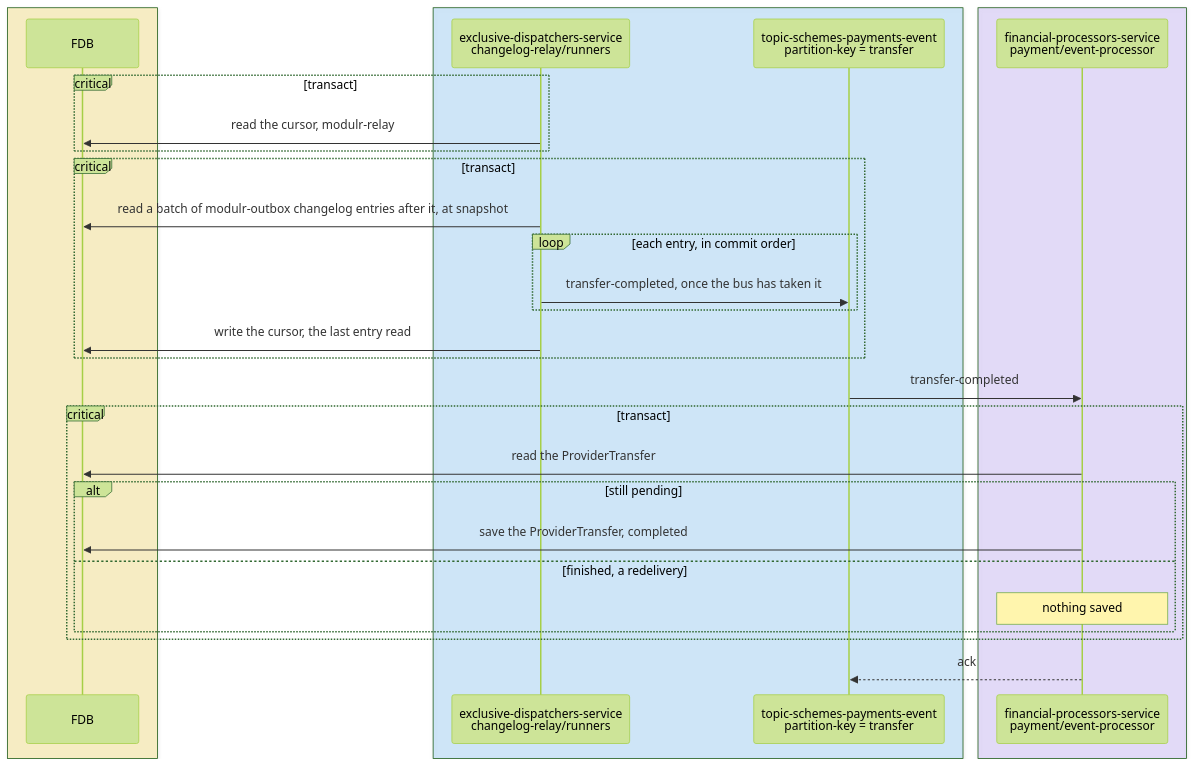
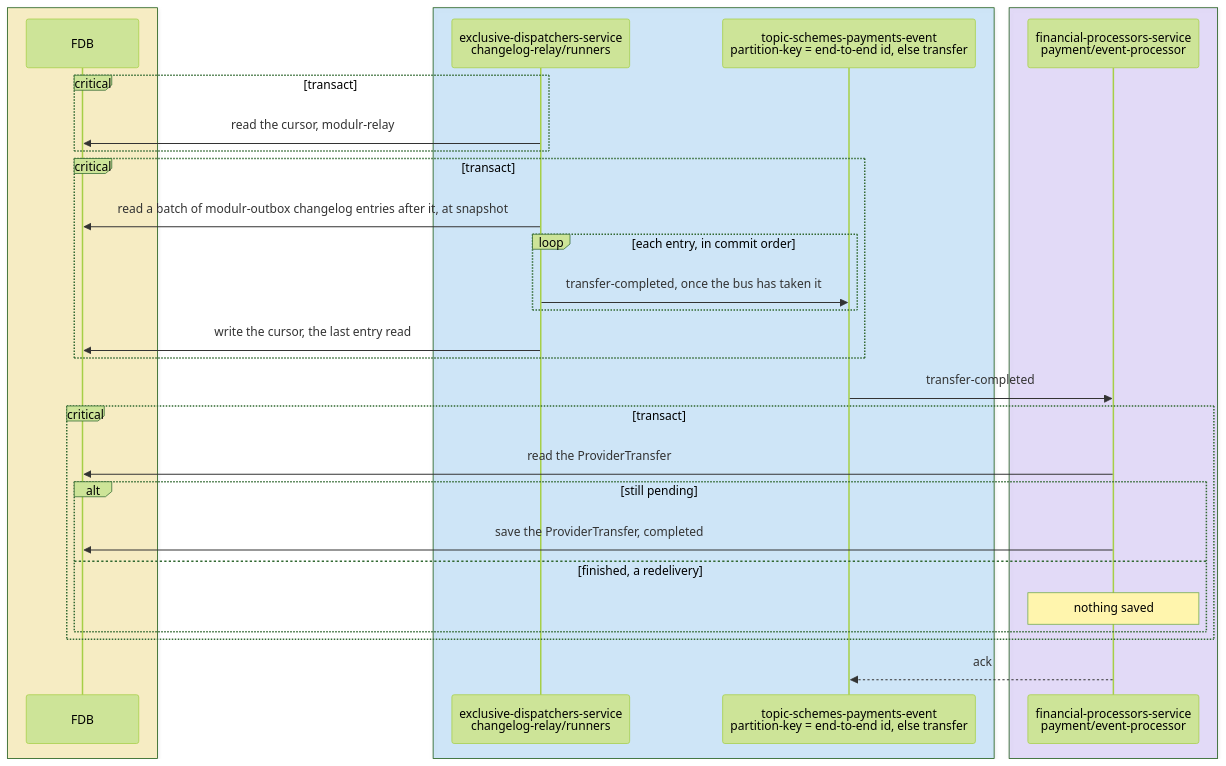
Before and after one commit to repldriven/queenswood: the seventh of 7 diagrams in docs/tdd/payments-internal.md, drawn with Mermaid (forest theme). The commit also changed other lines of this file and 2 other files, not shown here.

Commit message:
Draw outbound and inbound payments to the internal diagrams' conventions

````diff
--- a/docs/tdd/payments-internal.md
+++ b/docs/tdd/payments-internal.md
@@ -410,33 +410,33 @@
 ```mermaid
 sequenceDiagram
     box rgba(255, 236, 153, 0.5)
     participant DB as FDB
     end
     box rgba(165, 216, 255, 0.45)
     participant OR as exclusive-dispatchers-service<br/>changelog-relay/runners
-    participant SE as topic-schemes-payments-event<br/>partition-key = transfer
+    participant SE as topic-schemes-payments-event<br/>partition-key = end-to-end id, else transfer
     end
     box rgba(208, 191, 255, 0.45)
     participant PE as financial-processors-service<br/>payment/event-processor
     end
     critical transact
     OR->>DB: read the cursor, modulr-relay
     end
     critical transact
     OR->>DB: read a batch of modulr-outbox changelog entries after it, at snapshot
     loop each entry, in commit order
     OR->>SE: transfer-completed, once the bus has taken it
     end
     OR->>DB: write the cursor, the last entry read
     end
     SE->>PE: transfer-completed
     critical transact
     PE->>DB: read the ProviderTransfer
     alt still pending
     PE->>DB: save the ProviderTransfer, completed
     else finished, a redelivery
     Note over PE: nothing saved
     end
     end
     PE-->>SE: ack
 ```
````
